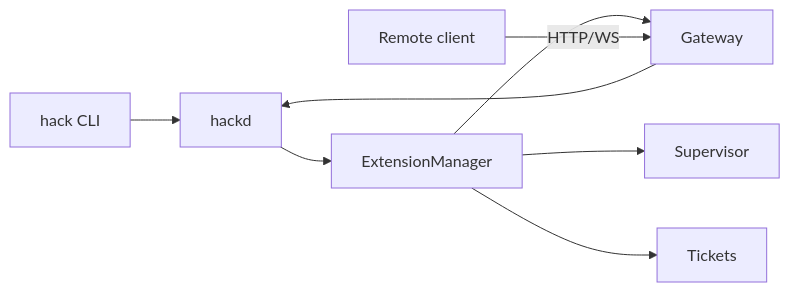
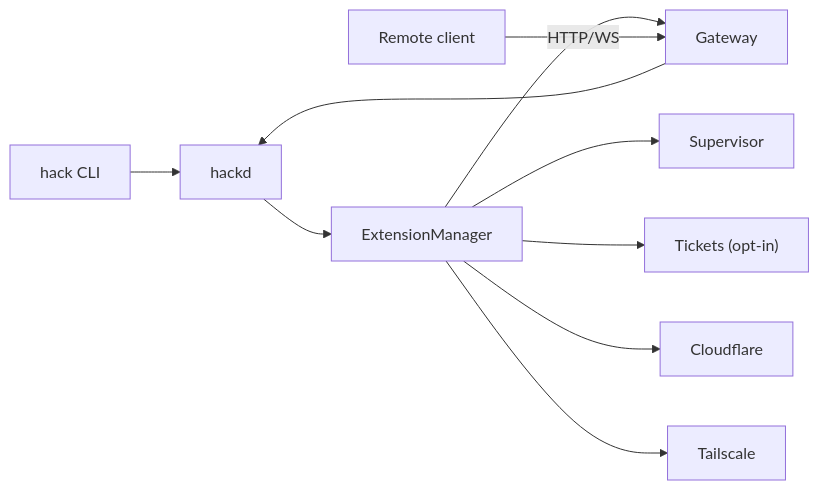
The sixth of 6 diagrams in docs/architecture.md (hack-dance/hack), drawn with Mermaid before and after one commit. The commit also changed other lines of this file and 28 other files, not shown here.

````diff
--- a/docs/architecture.md
+++ b/docs/architecture.md
@@ -214,10 +227,12 @@
 ```mermaid
 graph LR
   CLI["hack CLI"] --> Hackd["hackd"]
   Hackd --> ExtMgr["ExtensionManager"]
   ExtMgr --> Gateway["Gateway"]
   ExtMgr --> Supervisor["Supervisor"]
-  ExtMgr --> Tickets["Tickets"]
+  ExtMgr --> Tickets["Tickets (opt-in)"]
+  ExtMgr --> Cloudflare["Cloudflare"]
+  ExtMgr --> Tailscale["Tailscale"]
   Remote["Remote client"] -->|HTTP/WS| Gateway
   Gateway --> Hackd
 ```
````
